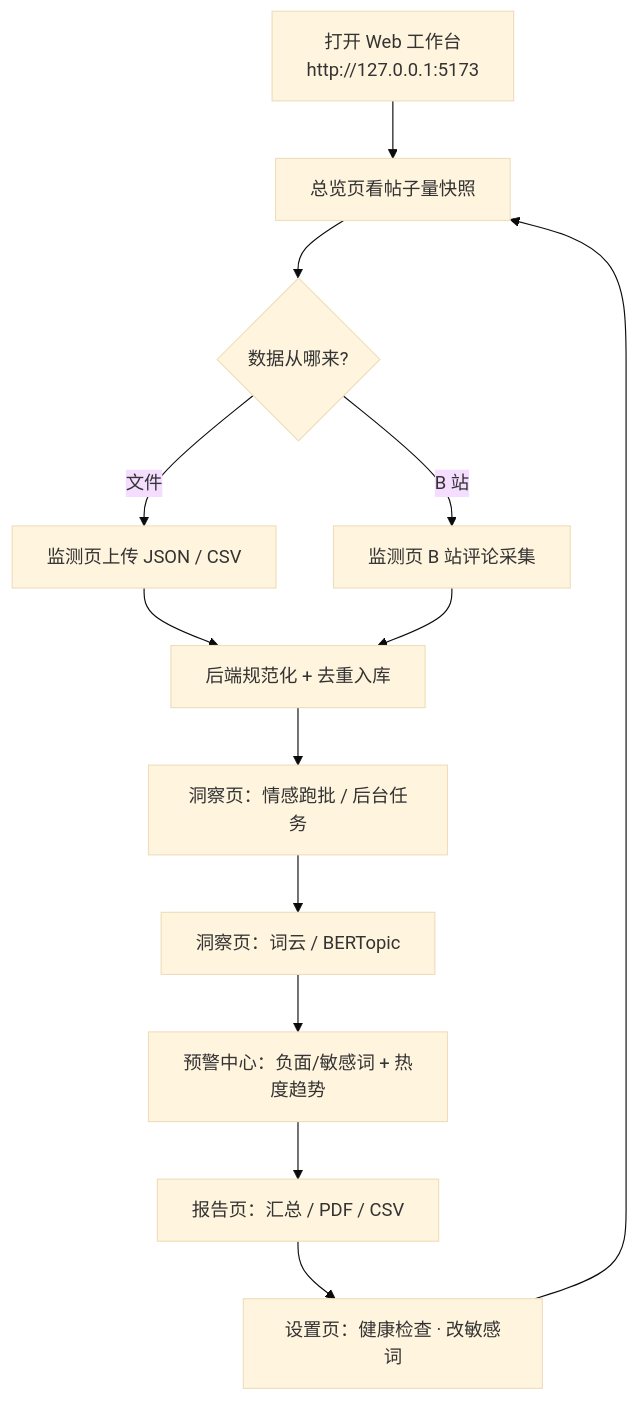
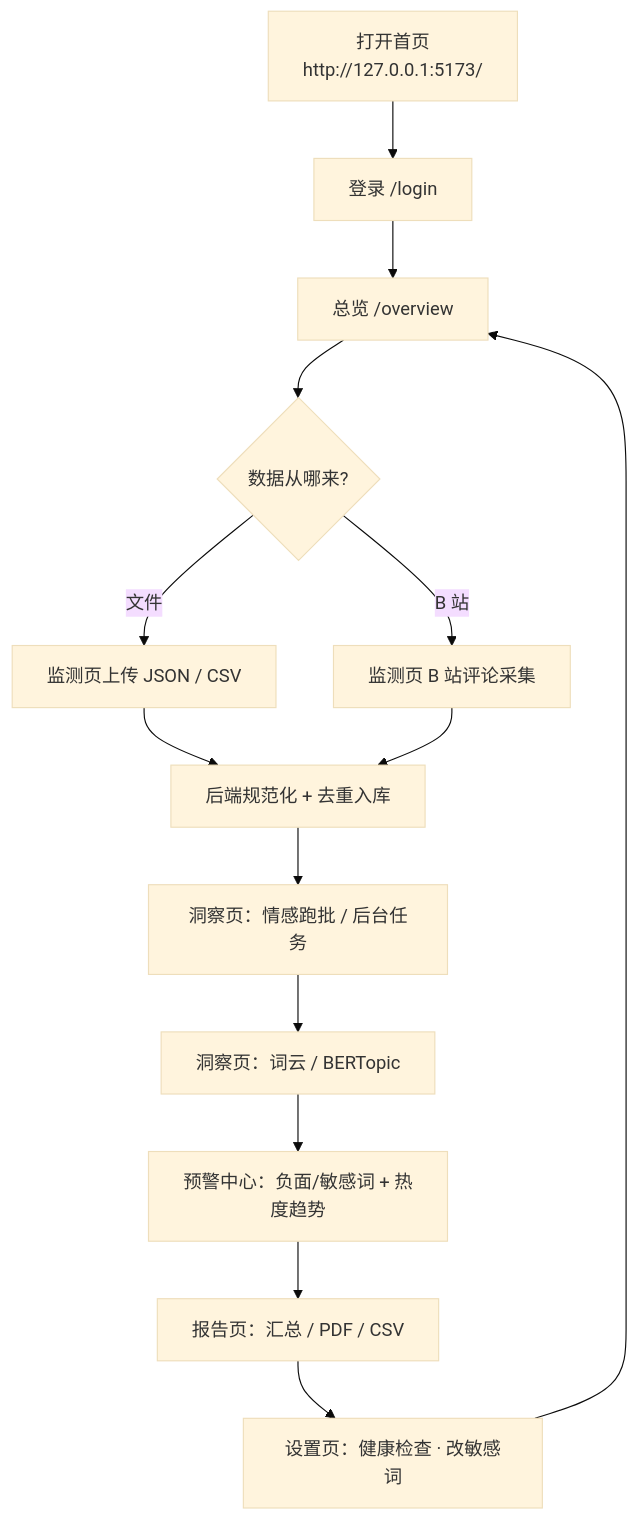
One commit to LinJJ12/yuqing changed the first of 13 diagrams in docs/diagrams.md. Above: the diagram before and after it, drawn with Mermaid (base theme). The commit also changed other lines of this file and 10 other files, not shown here.

````diff
--- a/docs/diagrams.md
+++ b/docs/diagrams.md
@@ -14,15 +14,16 @@
 ```mermaid
 flowchart TD
-    A[打开 Web 工作台<br/>http://127.0.0.1:5173] --> B[总览页看帖子量快照]
+    A[打开首页<br/>http://127.0.0.1:5173/] --> L[登录 /login]
+    L --> B[总览 /overview]
     B --> C{数据从哪来?}
     C -->|文件| C1[监测页上传 JSON / CSV]
     C -->|B 站| C2[监测页 B 站评论采集]
     C1 --> D[后端规范化 + 去重入库]
     C2 --> D
     D --> E[洞察页：情感跑批 / 后台任务]
     E --> F[洞察页：词云 / BERTopic]
     F --> G[预警中心：负面/敏感词 + 热度趋势]
     G --> H[报告页：汇总 / PDF / CSV]
     H --> I[设置页：健康检查 · 改敏感词]
     I --> B
 ```
````
